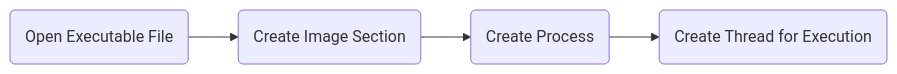
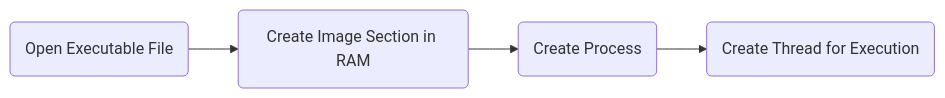
The second of 3 diagrams in presentation/slides.md (niri81/process-ghosting), drawn with Mermaid before and after one commit. The commit also changed other lines of this file, not shown here.

````diff
--- a/presentation/slides.md
+++ b/presentation/slides.md
@@ -112,9 +112,9 @@
 ```mermaid
 graph LR
 A(Open Executable File)
-B(Create Image Section)
+B(Create Image Section in RAM)
 C(Create Process)
 D(Create Thread for Execution)
 
 A --> B --> C --> D
 ```
````
